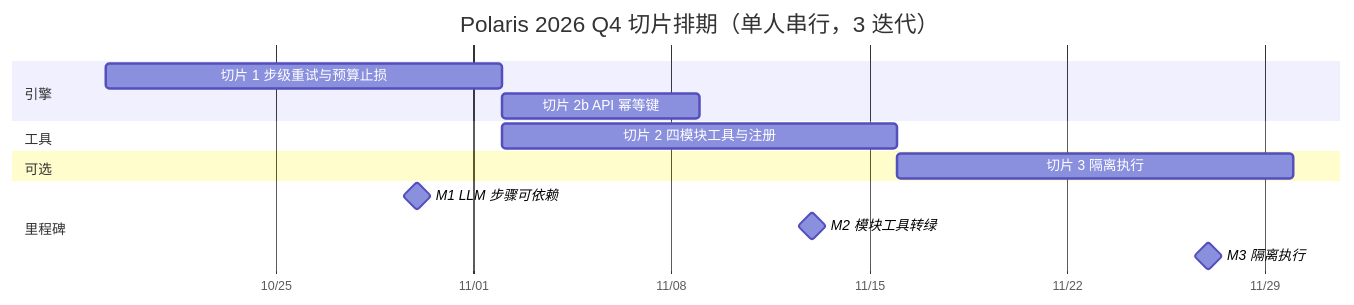
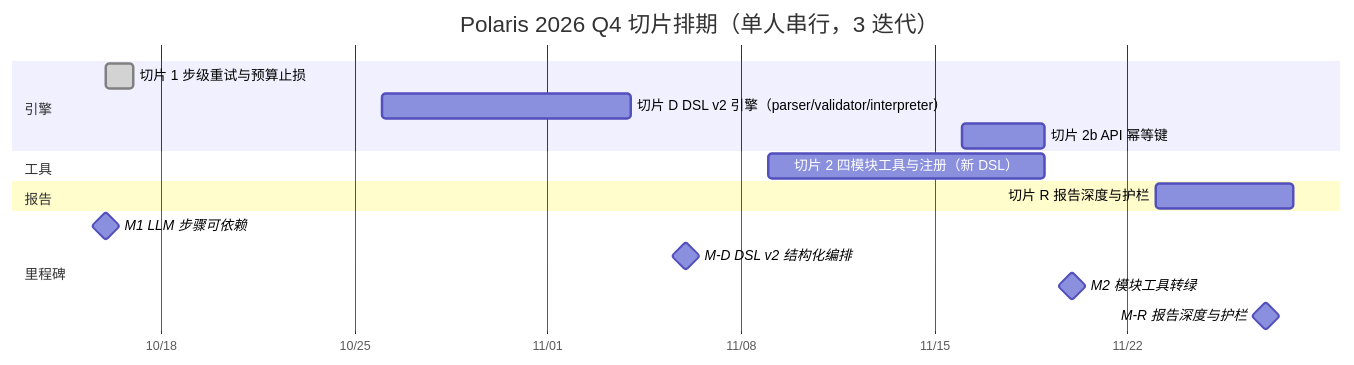
Before and after one commit to 55aaseclab/Polaris: the diagram in apps/docs/site/development/roadmap.md, drawn with Mermaid. The commit also changed other lines of this file, not shown here.

First line of the commit message:
docs(roadmap): V1.2.0 cut slice D (DSL v2) ahead of M2

````diff
--- a/apps/docs/site/development/roadmap.md
+++ b/apps/docs/site/development/roadmap.md
@@ -73,17 +75,19 @@
 ```mermaid
 gantt
     title Polaris 2026 Q4 切片排期（单人串行，3 迭代）
     dateFormat YYYY-MM-DD
     axisFormat %m/%d
     section 引擎
-    切片 1 步级重试与预算止损 :a1, 2026-10-19, 14d
-    切片 2b API 幂等键 :a2, 2026-11-02, 7d
+    切片 1 步级重试与预算止损 :done, a1, 2026-10-16, 1d
+    切片 D DSL v2 引擎（parser/validator/interpreter） :a2, 2026-10-26, 9d
+    切片 2b API 幂等键 :a3, 2026-11-16, 3d
     section 工具
-    切片 2 四模块工具与注册 :b1, 2026-11-02, 14d
-    section 可选
-    切片 3 隔离执行 :c1, 2026-11-16, 14d
+    切片 2 四模块工具与注册（新 DSL） :b1, 2026-11-09, 10d
+    section 报告
+    切片 R 报告深度与护栏 :r1, 2026-11-23, 5d
     section 里程碑
-    M1 LLM 步骤可依赖 :milestone, m1, 2026-10-30, 0d
-    M2 模块工具转绿 :milestone, m2, 2026-11-13, 0d
-    M3 隔离执行 :milestone, m3, 2026-11-27, 0d
+    M1 LLM 步骤可依赖 :milestone, m1, 2026-10-16, 0d
+    M-D DSL v2 结构化编排 :milestone, md, 2026-11-06, 0d
+    M2 模块工具转绿 :milestone, m2, 2026-11-20, 0d
+    M-R 报告深度与护栏 :milestone, mr, 2026-11-27, 0d
 ```
````
